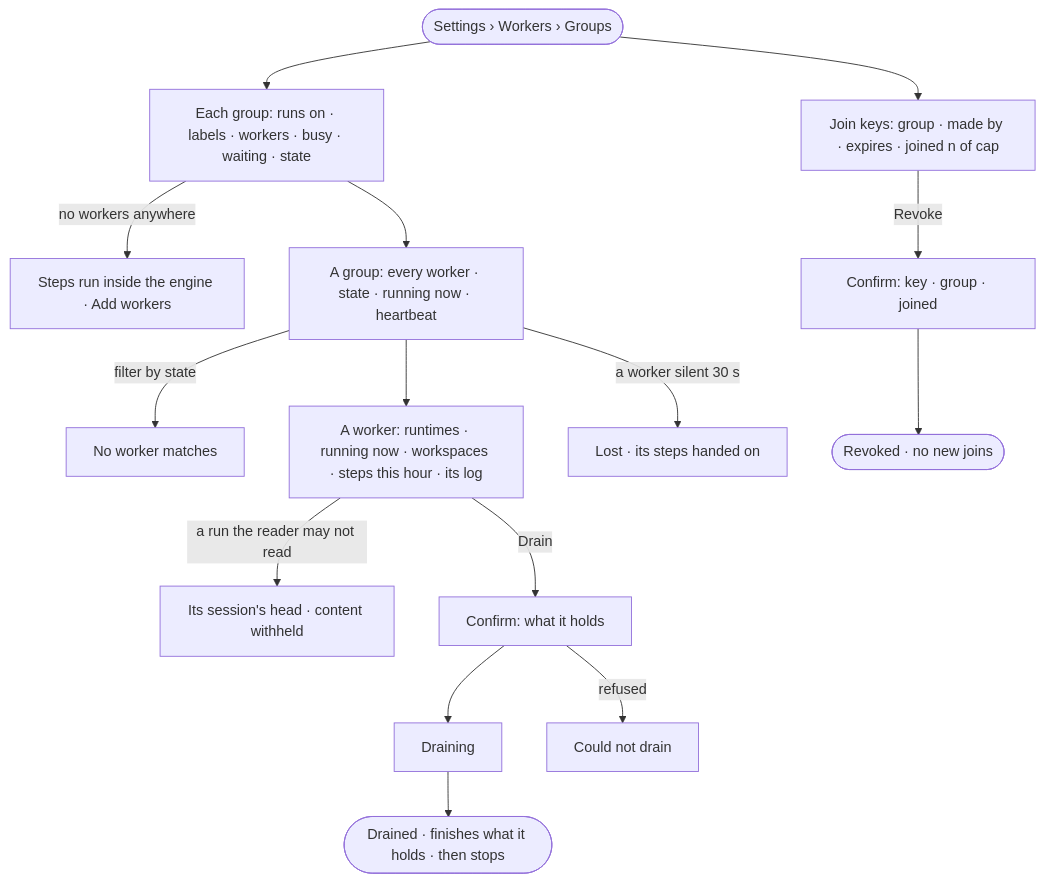
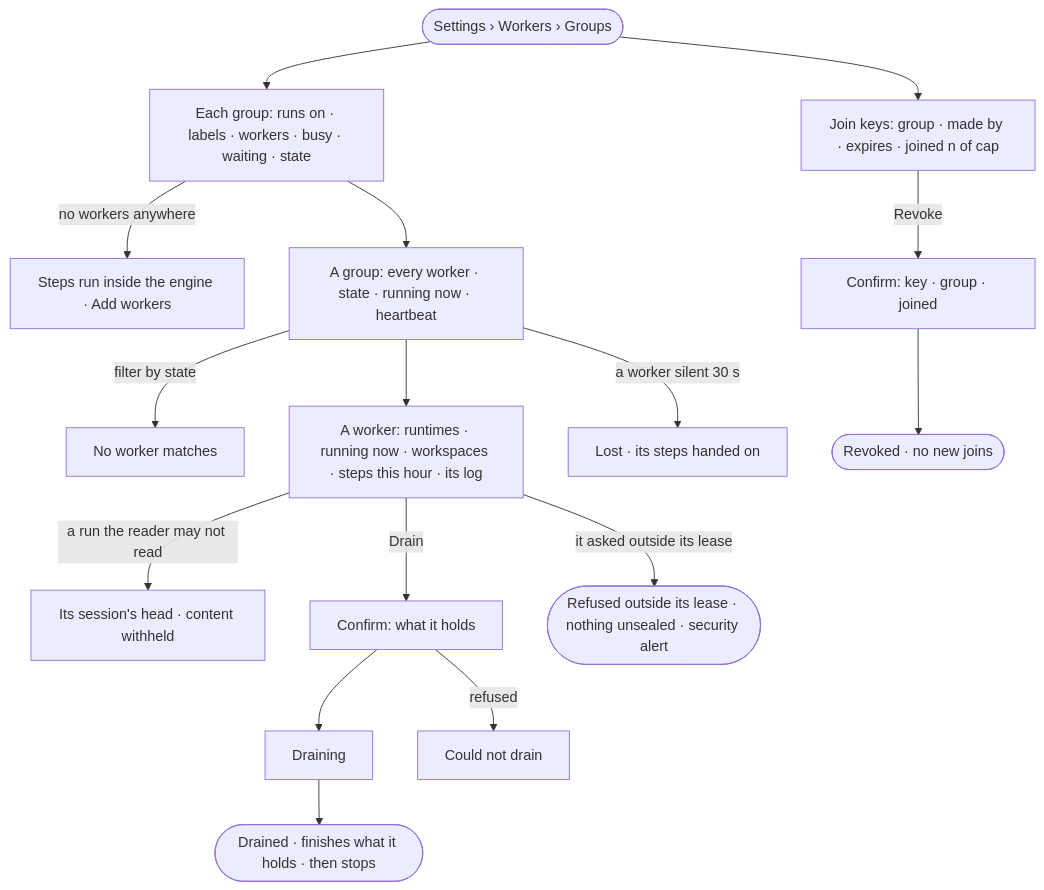
The diagram in specs/os/control/features/CP-F03-workers-and-the-queue/stories/CP-09-see-every-worker-and-what-it-is-running/story.md (invana/invana), drawn with Mermaid before and after one commit. The commit also changed other lines of this file and 13 other files, not shown here.

````diff
--- a/specs/os/control/features/CP-F03-workers-and-the-queue/stories/CP-09-see-every-worker-and-what-it-is-running/story.md
+++ b/specs/os/control/features/CP-F03-workers-and-the-queue/stories/CP-09-see-every-worker-and-what-it-is-running/story.md
@@ -27,17 +27,18 @@
 ```mermaid
 flowchart TD
   s([Settings › Workers › Groups]) --> g["Each group: runs on · labels · workers · busy · waiting · state"]
   g -->|no workers anywhere| nw["Steps run inside the engine · Add workers"]
   g --> grp["A group: every worker · state · running now · heartbeat"]
   grp -->|filter by state| f["No worker matches"]
   grp --> w["A worker: runtimes · running now · workspaces · steps this hour · its log"]
   w -->|a run the reader may not read| wh["Its session's head · content withheld"]
   w -->|Drain| dc["Confirm: what it holds"]
   dc --> dg["Draining"]
   dg --> d(["Drained · finishes what it holds · then stops"])
   dc -->|refused| df["Could not drain"]
   grp -->|a worker silent 30 s| lost["Lost · its steps handed on"]
+  w -->|it asked outside its lease| ol(["Refused outside its lease · nothing unsealed · security alert"])
   s --> keys["Join keys: group · made by · expires · joined n of cap"]
   keys -->|Revoke| rc["Confirm: key · group · joined"]
   rc --> rv(["Revoked · no new joins"])
 ```
````
